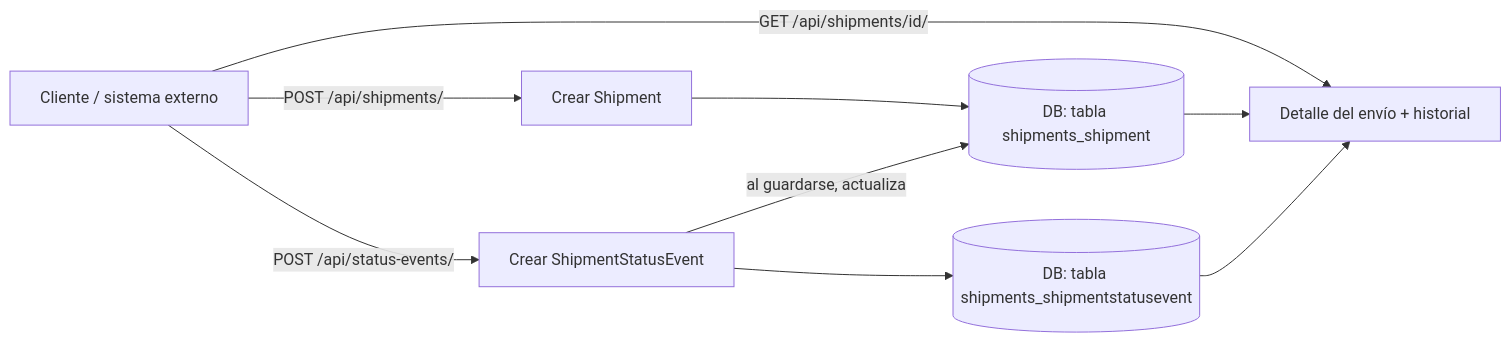
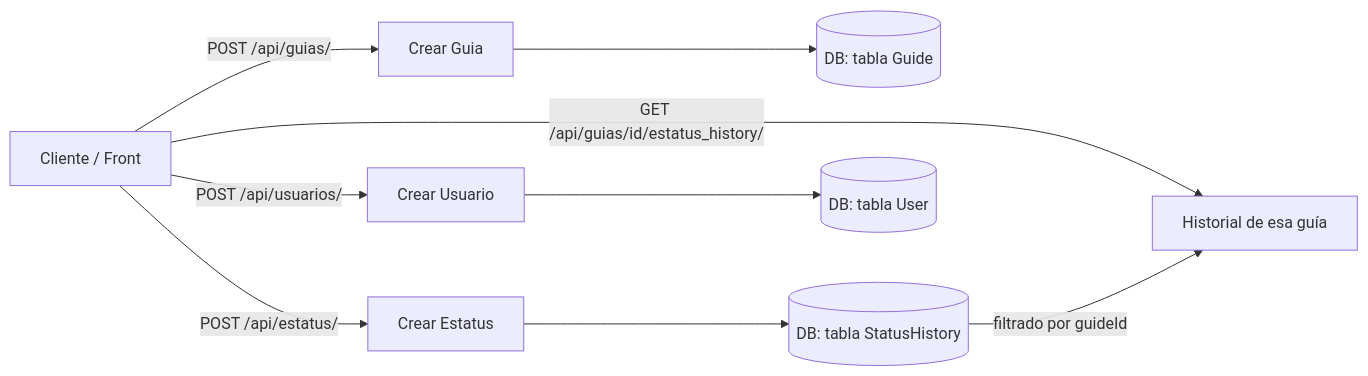
Before and after one commit to dani19flores/Proyecto_python: the diagram in DOCUMENTACION.md, drawn with Mermaid. The commit also changed other lines of this file and 6 other files, not shown here.

Commit message:
Refactor backend models and API: replace Shipment with Guia, update Estatus and Usuario models, and adjust serializers, views, and URLs accordingly

````diff
--- a/DOCUMENTACION.md
+++ b/DOCUMENTACION.md
@@ -31,11 +36,11 @@
 ```mermaid
 flowchart LR
-    A[Cliente / sistema externo] -- POST /api/shipments/ --> B[Crear Shipment]
-    B --> C[(DB: tabla shipments_shipment)]
-    A -- POST /api/status-events/ --> D[Crear ShipmentStatusEvent]
-    D --> E[(DB: tabla shipments_shipmentstatusevent)]
-    D -- al guardarse, actualiza --> C
-    A -- GET /api/shipments/id/ --> F[Detalle del envío + historial]
-    C --> F
-    E --> F
+    A[Cliente / Front] -- POST /api/guias/ --> B[Crear Guia]
+    B --> C[(DB: tabla Guide)]
+    A -- POST /api/estatus/ --> D[Crear Estatus]
+    D --> E[(DB: tabla StatusHistory)]
+    A -- GET /api/guias/id/estatus_history/ --> F[Historial de esa guía]
+    E -- filtrado por guideId --> F
+    A -- POST /api/usuarios/ --> G[Crear Usuario]
+    G --> H[(DB: tabla User)]
 ```
````
